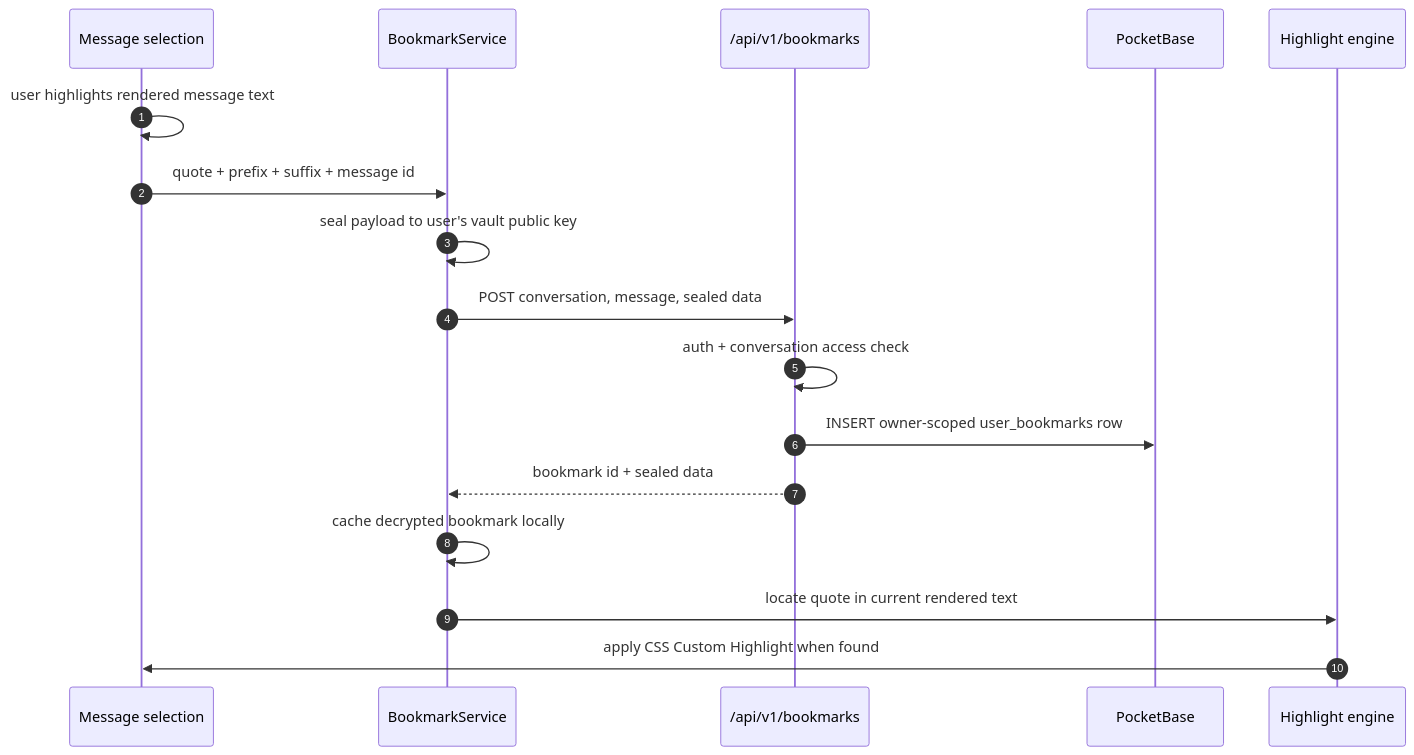
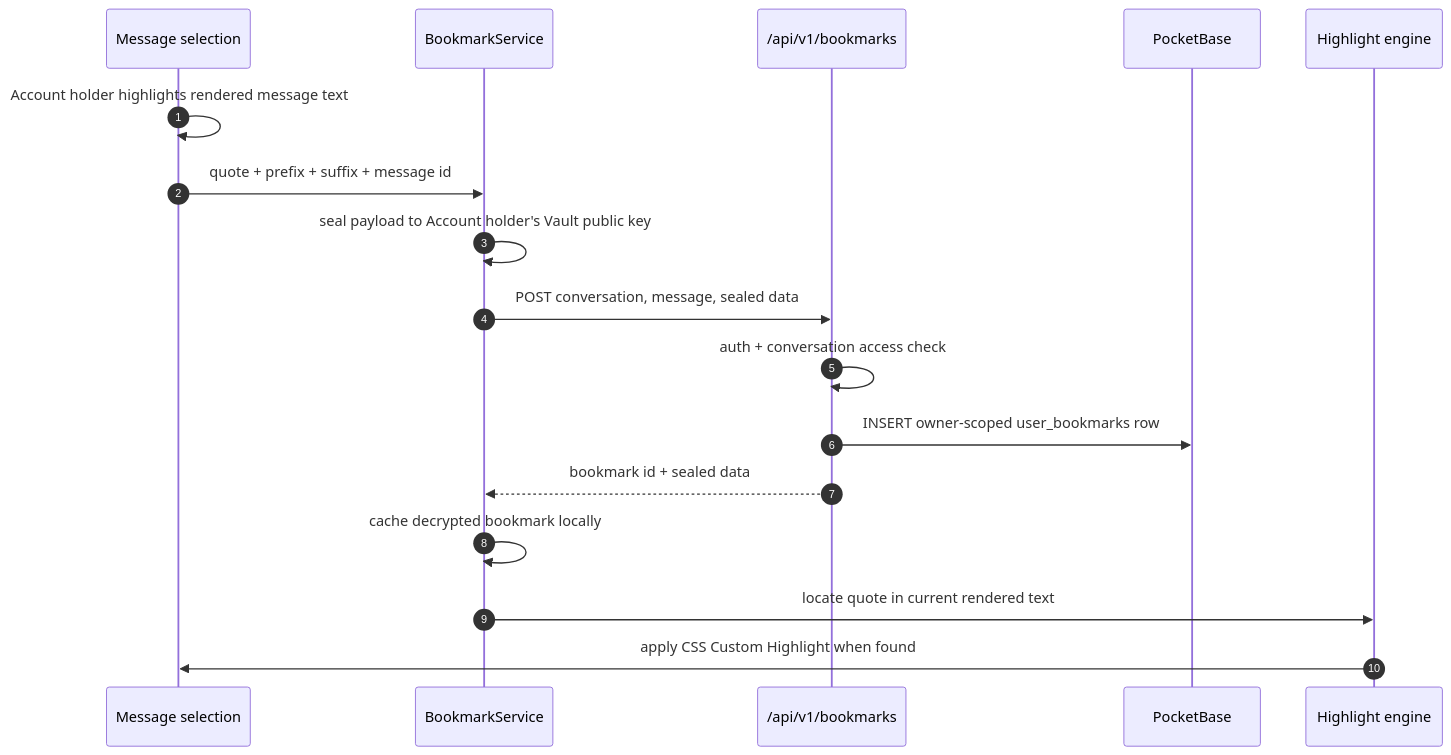
One commit to cognos-io/chat.cognos.io changed the first of 2 diagrams in docs/business_processes/bookmarks.md. Above: the diagram before and after it, drawn with Mermaid. The commit also changed other lines of this file and 67 other files, not shown here.

````diff
--- a/docs/business_processes/bookmarks.md
+++ b/docs/business_processes/bookmarks.md
@@ -18,20 +18,20 @@
 ```mermaid
 sequenceDiagram
   autonumber
   participant UI as Message selection
   participant B as BookmarkService
   participant API as /api/v1/bookmarks
   participant DB as PocketBase
   participant H as Highlight engine
 
-  UI->>UI: user highlights rendered message text
+  UI->>UI: Account holder highlights rendered message text
   UI->>B: quote + prefix + suffix + message id
-  B->>B: seal payload to user's vault public key
+  B->>B: seal payload to Account holder's Vault public key
   B->>API: POST conversation, message, sealed data
   API->>API: auth + conversation access check
   API->>DB: INSERT owner-scoped user_bookmarks row
   API-->>B: bookmark id + sealed data
   B->>B: cache decrypted bookmark locally
   B->>H: locate quote in current rendered text
   H->>UI: apply CSS Custom Highlight when found
 ```
````
